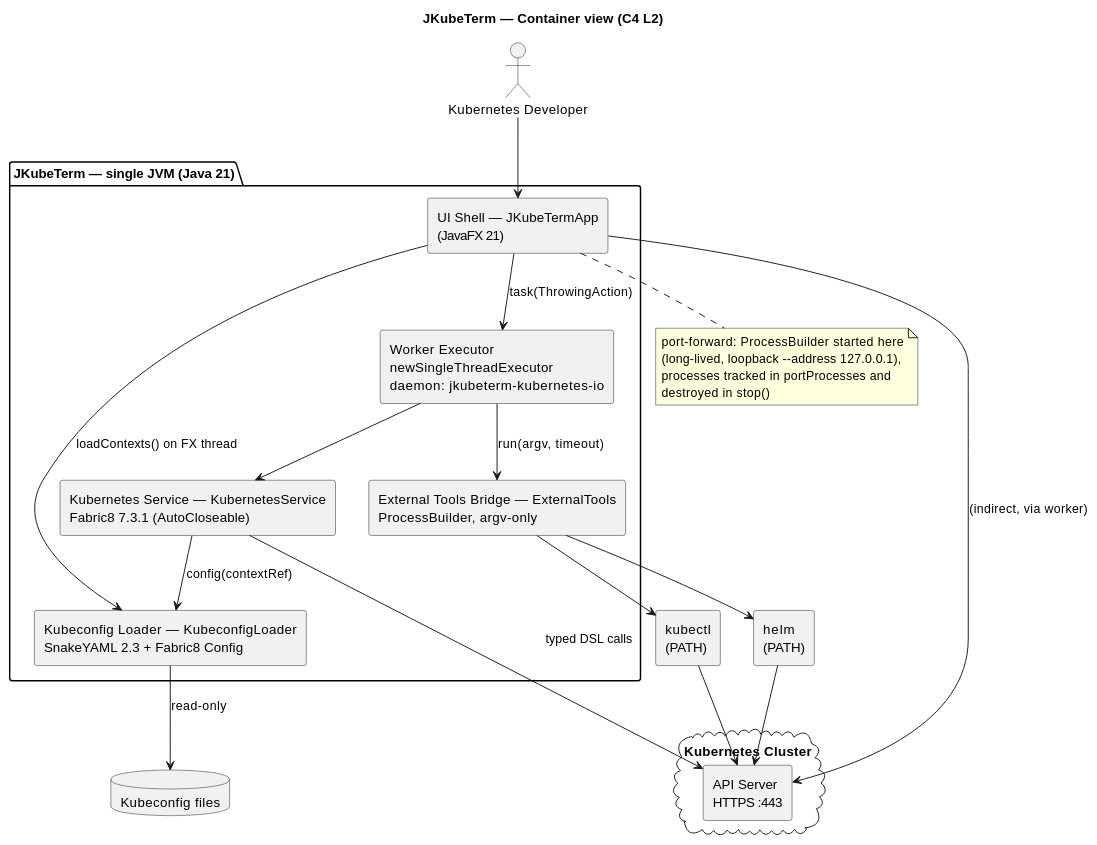
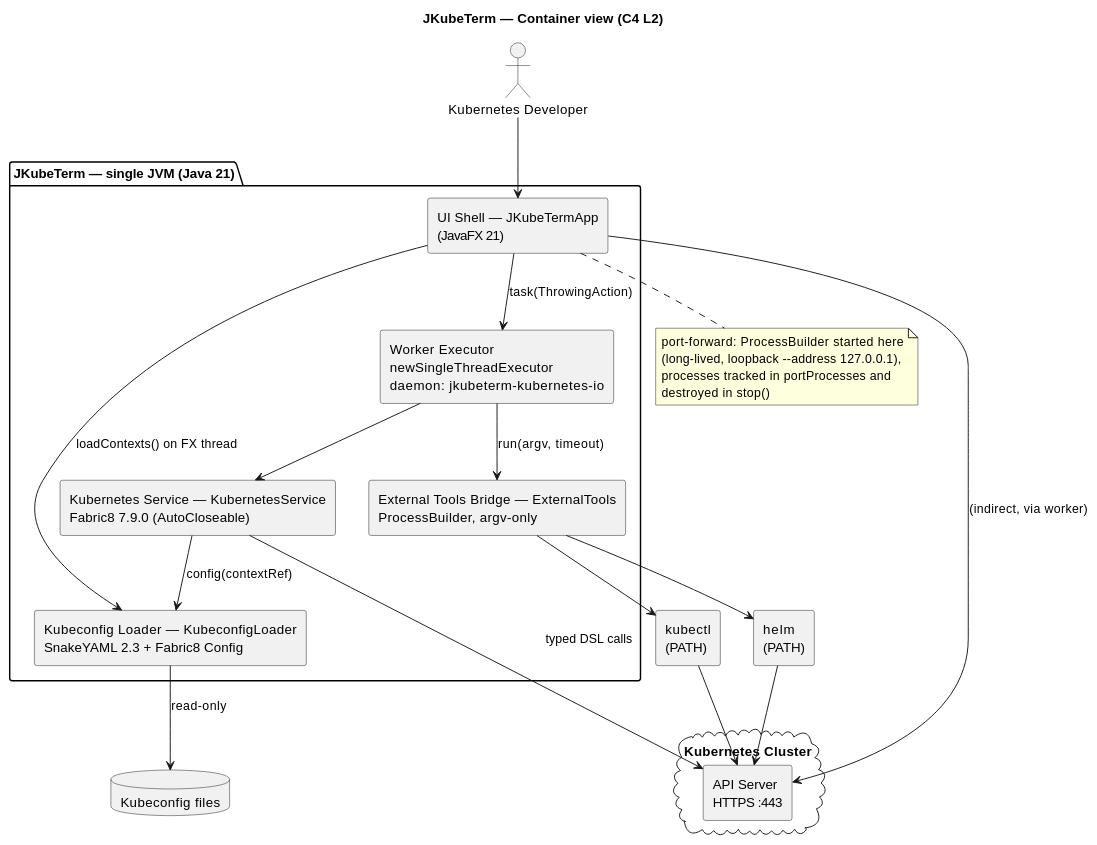
One commit to kotenev/JKubeTerm changed the second of 15 diagrams in docs/diagrams/plantuml.md. Above: the diagram before and after it, drawn with PlantUML. The commit also changed other lines of this file and 9 other files, not shown here.

````diff
--- a/docs/diagrams/plantuml.md
+++ b/docs/diagrams/plantuml.md
@@ -39,40 +39,40 @@
 ```plantuml
 @startuml
 title JKubeTerm — Container view (C4 L2)
 skinparam componentStyle rectangle
 actor "Kubernetes Developer" as user
 package "JKubeTerm — single JVM (Java 21)" {
   component "UI Shell — JKubeTermApp\n(JavaFX 21)" as ui
   component "Worker Executor\nnewSingleThreadExecutor\ndaemon: jkubeterm-kubernetes-io" as worker
-  component "Kubernetes Service — KubernetesService\nFabric8 7.3.1 (AutoCloseable)" as service
+  component "Kubernetes Service — KubernetesService\nFabric8 7.9.0 (AutoCloseable)" as service
   component "Kubeconfig Loader — KubeconfigLoader\nSnakeYAML 2.3 + Fabric8 Config" as loader
   component "External Tools Bridge — ExternalTools\nProcessBuilder, argv-only" as bridge
 }
 cloud "Kubernetes Cluster" {
   component "API Server\nHTTPS :443" as api
 }
 component "kubectl\n(PATH)" as kubectl
 component "helm\n(PATH)" as helm
 database "Kubeconfig files" as kc
 
 user --> ui
 ui --> worker : task(ThrowingAction)
 worker --> service
 worker --> bridge : run(argv, timeout)
 ui --> loader : loadContexts() on FX thread
 service --> loader : config(contextRef)
 loader --> kc : read-only
 service --> api : typed DSL calls
 ui --> api : (indirect, via worker)
 bridge --> kubectl
 bridge --> helm
 kubectl --> api
 helm --> api
 note bottom of ui
   port-forward: ProcessBuilder started here
   (long-lived, loopback --address 127.0.0.1),
   processes tracked in portProcesses and
   destroyed in stop()
 end note
 @enduml
 ```
````
